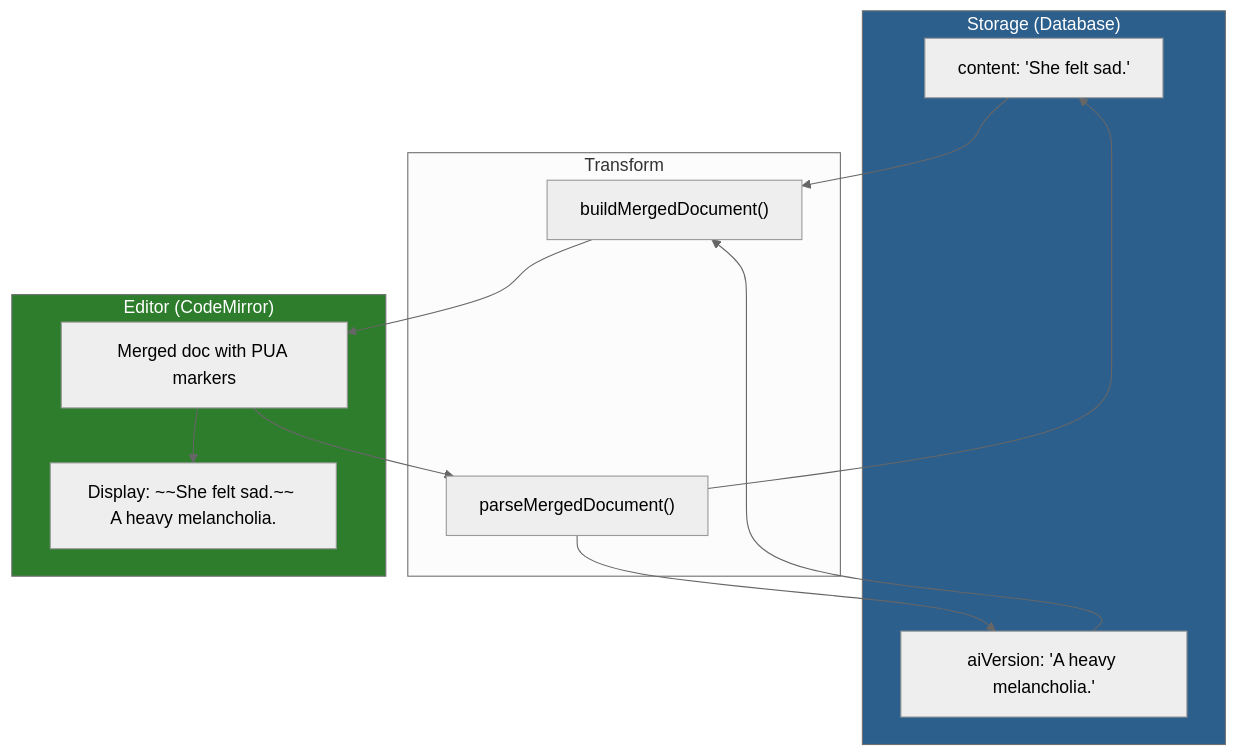
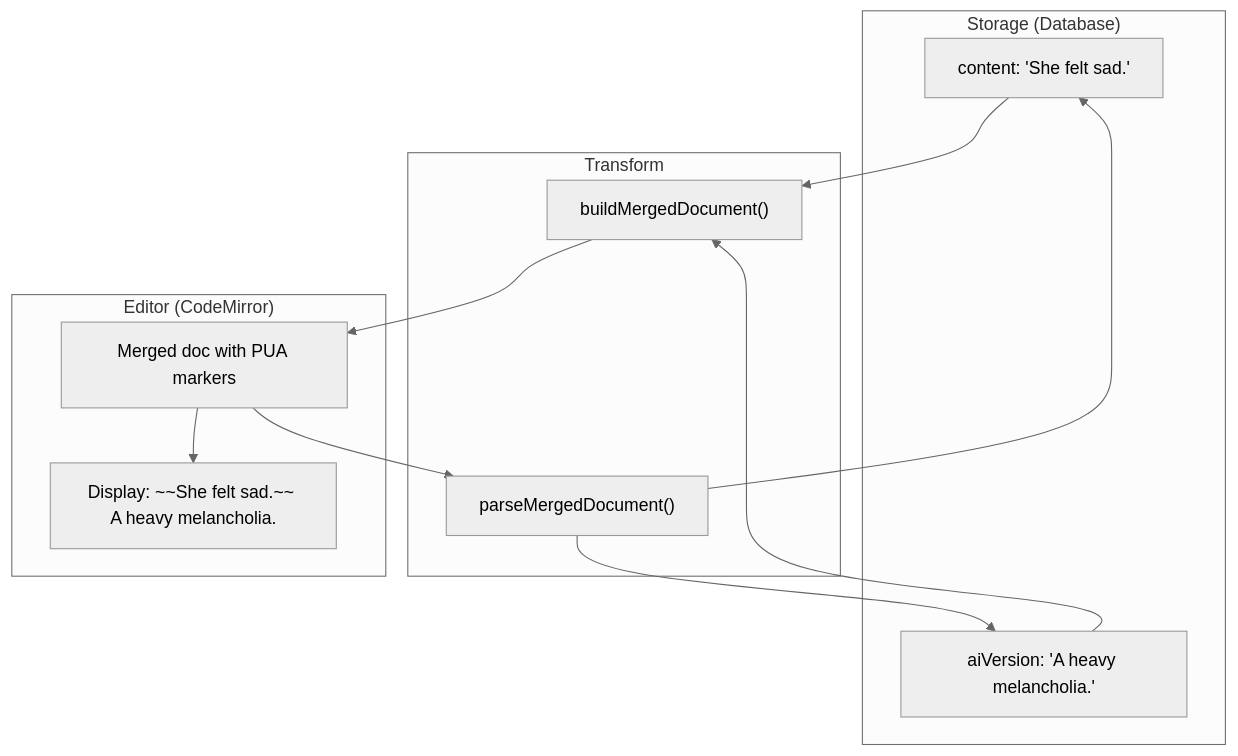
One commit to haowjy/meridian-flow changed the first of 2 diagrams in _docs/features/fb-ai-editing/architecture.md. Above: the diagram before and after it, drawn with Mermaid (neutral theme). The commit also changed 46 other files, not shown here.

````diff
--- a/_docs/features/fb-ai-editing/architecture.md
+++ b/_docs/features/fb-ai-editing/architecture.md
@@ -11,28 +11,26 @@
 ```mermaid
 flowchart TB
     subgraph Storage["Storage (Database)"]
         content["content: 'She felt sad.'"]
         aiVersion["aiVersion: 'A heavy melancholia.'"]
     end
 
     subgraph Transform["Transform"]
         build["buildMergedDocument()"]
         parse["parseMergedDocument()"]
     end
 
     subgraph Editor["Editor (CodeMirror)"]
         merged["Merged doc with PUA markers"]
         display["Display: ~~She felt sad.~~ A heavy melancholia."]
     end
 
     content --> build
     aiVersion --> build
     build --> merged
     merged --> display
     merged --> parse
     parse --> content
     parse --> aiVersion
 
-    style Storage fill:#2d5f8d,color:#fff
-    style Editor fill:#2d7d2d,color:#fff
 ```
````
